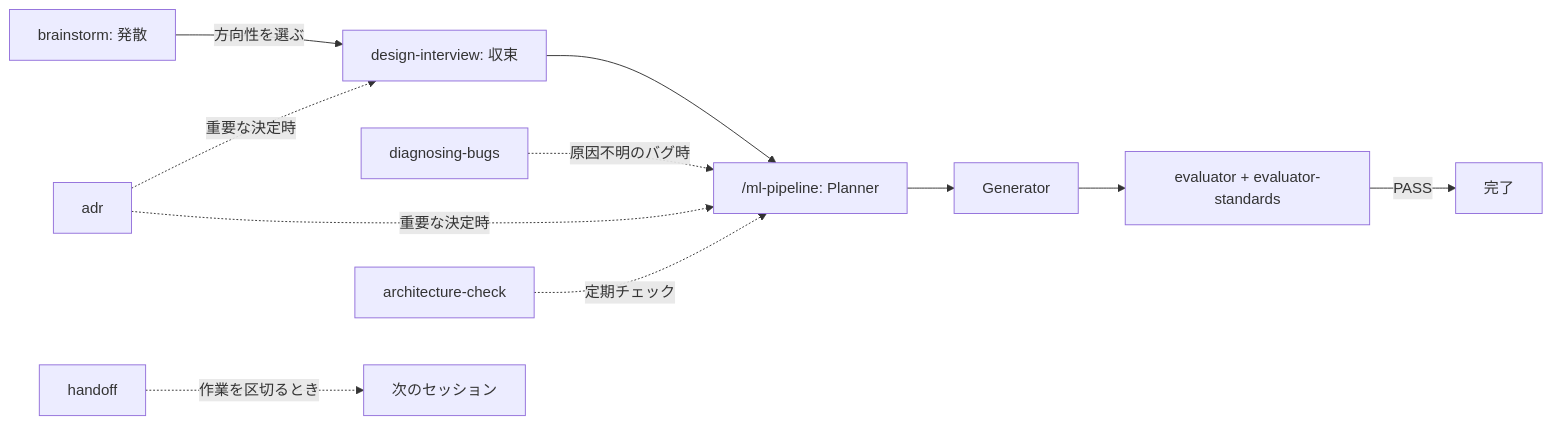
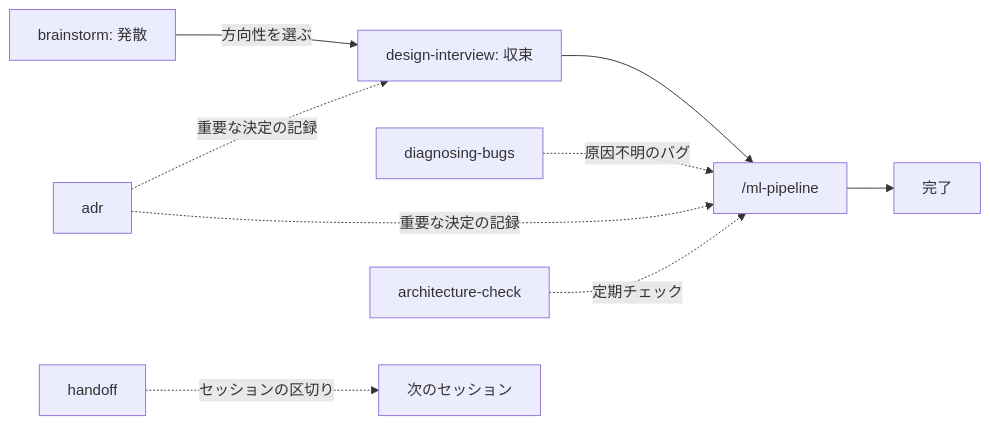
One commit to takayoshitoyoda05/claude-ml-template changed the second of 2 diagrams in README.md. Above: the diagram before and after it, drawn with Mermaid. The commit also changed other lines of this file, not shown here.

````diff
--- a/README.md
+++ b/README.md
@@ -91,14 +142,11 @@
 ```mermaid
 flowchart LR
     A[brainstorm: 発散] -->|方向性を選ぶ| B[design-interview: 収束]
-    B --> C["/ml-pipeline: Planner"]
-    C --> D[Generator]
-    D --> E[evaluator + evaluator-standards]
-    E -->|PASS| F[完了]
+    B --> C["/ml-pipeline"]
+    C --> G[完了]
 
-    G[diagnosing-bugs] -.原因不明のバグ時.-> C
-    H[adr] -.重要な決定時.-> B
-    H -.重要な決定時.-> C
-    I[handoff] -.作業を区切るとき.-> J[次のセッション]
-    K[architecture-check] -.定期チェック.-> C
+    D[diagnosing-bugs] -.原因不明のバグ.-> C
+    E[adr] -.重要な決定の記録.-> B & C
+    F[handoff] -.セッションの区切り.-> H[次のセッション]
+    I[architecture-check] -.定期チェック.-> C
 ```
````
